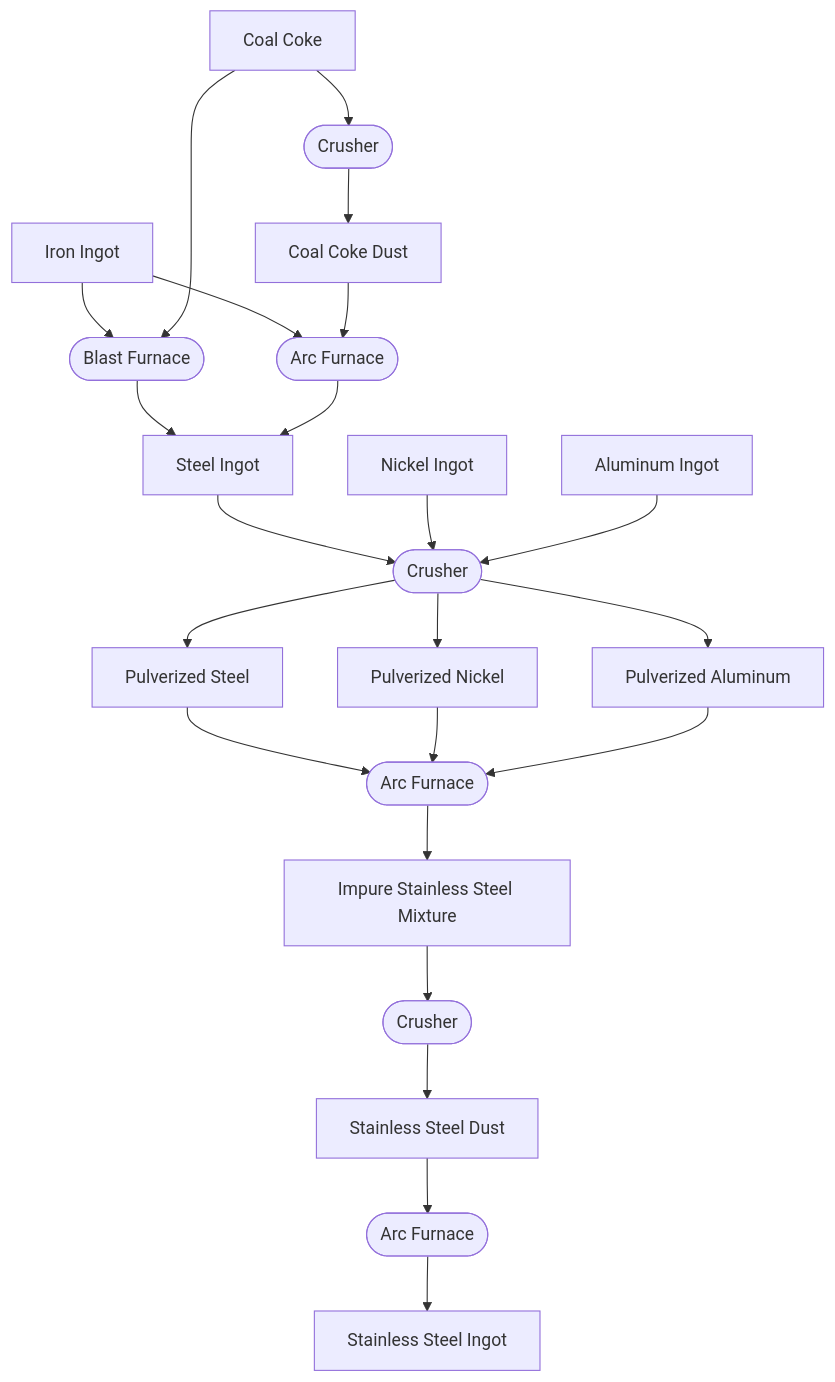
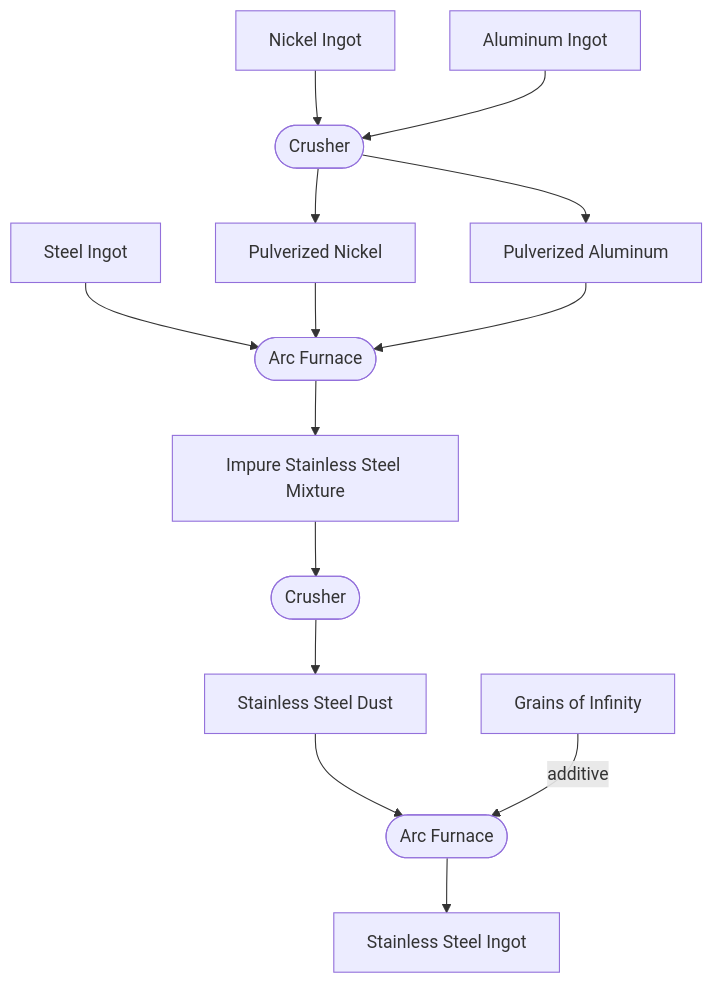
One commit to bigyihsuan/progression-pack changed the diagram in docs/stainless.md. Above: the diagram before and after it, drawn with Mermaid. The commit also changed 34 other files, not shown here.

````diff
--- a/docs/stainless.md
+++ b/docs/stainless.md
@@ -3,33 +3,25 @@
 ```mermaid
 graph TD;
 ssi[Stainless Steel Ingot]
 ssd[Stainless Steel Dust]
 issm[Impure Stainless Steel Mixture]
-ps[Pulverized Steel]
 pn[Pulverized Nickel]
 pa[Pulverized Aluminum]
 si[Steel Ingot]
-ii[Iron Ingot]
 ni[Nickel Ingot]
 ai[Aluminum Ingot]
+gin[Grains of Infinity]
 
 AF1([Arc Furnace])
 CR1([Crusher])
 AF2([Arc Furnace])
 CR2([Crusher])
-BF([Blast Furnace])
-AF3([Arc Furnace])
-CR3([Crusher])
 
 
 ssd --> AF1 --> ssi
+gin --additive--> AF1
 issm --> CR1 --> ssd
-ps & pn & pa --> AF2 --> issm
-si --> CR2 --> ps
+si & pn & pa --> AF2 --> issm
 ni --> CR2 --> pn
 ai --> CR2 --> pa
-ii --> BF & AF3 --> si
-ccd[Coal Coke Dust] --> AF3
-cc[Coal Coke] --> BF & CR3
-CR3 --> ccd
 ```
````
